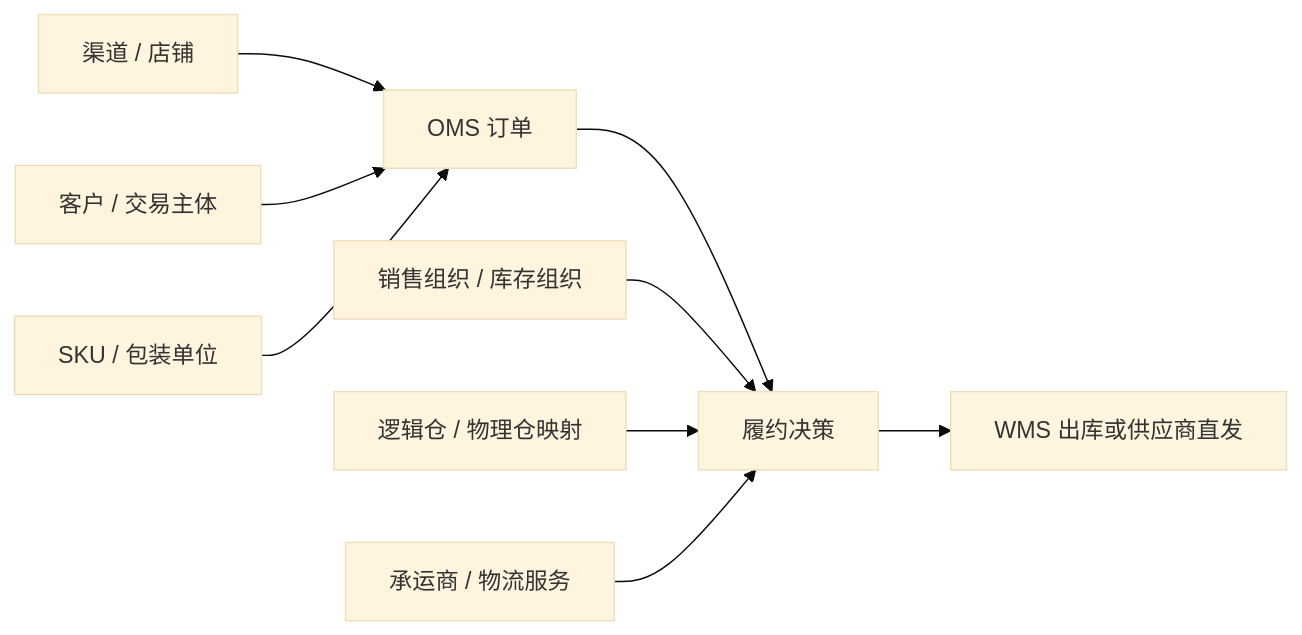
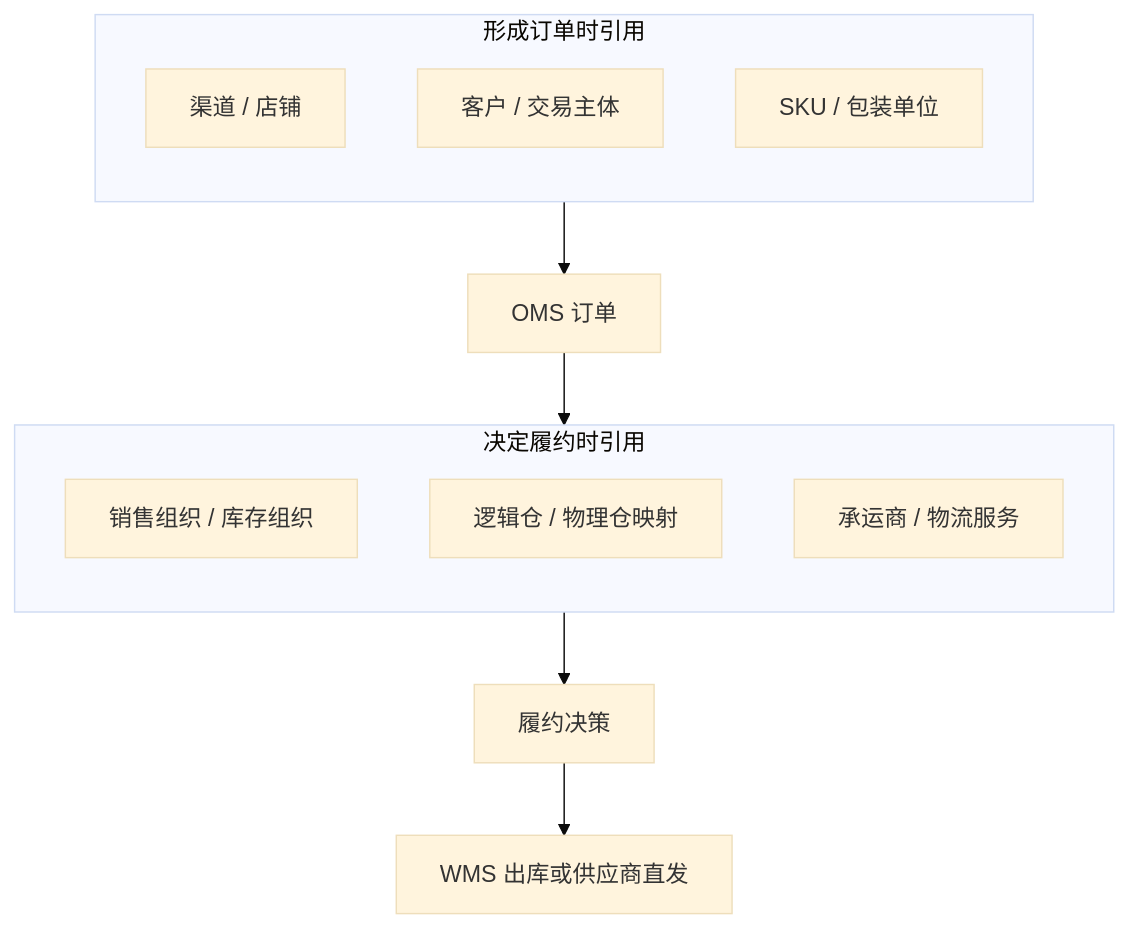
One commit to Asteroid-lin/my-blog changed the diagram in src/business-system/supply-chain/oms/master-data.md. Above: the diagram before and after it, drawn with Mermaid (base theme). The commit also changed 59 other files, not shown here.

````diff
--- a/src/business-system/supply-chain/oms/master-data.md
+++ b/src/business-system/supply-chain/oms/master-data.md
@@ -23,11 +23,19 @@
 ```mermaid
-flowchart LR
-  C[渠道 / 店铺] --> O[OMS 订单]
-  U[客户 / 交易主体] --> O
-  S[SKU / 包装单位] --> O
-  O --> F[履约决策]
-  G[销售组织 / 库存组织] --> F
-  W[逻辑仓 / 物理仓映射] --> F
-  L[承运商 / 物流服务] --> F
-  F --> X[WMS 出库或供应商直发]
+flowchart TB
+  subgraph orderIn ["形成订单时引用"]
+    direction TB
+    C["渠道 / 店铺"]
+    U["客户 / 交易主体"]
+    S["SKU / 包装单位"]
+  end
+  orderIn --> O["OMS 订单"]
+  O --> fulfillIn
+  subgraph fulfillIn ["决定履约时引用"]
+    direction TB
+    G["销售组织 / 库存组织"]
+    W["逻辑仓 / 物理仓映射"]
+    L["承运商 / 物流服务"]
+  end
+  fulfillIn --> F["履约决策"]
+  F --> X["WMS 出库或供应商直发"]
 ```
````
